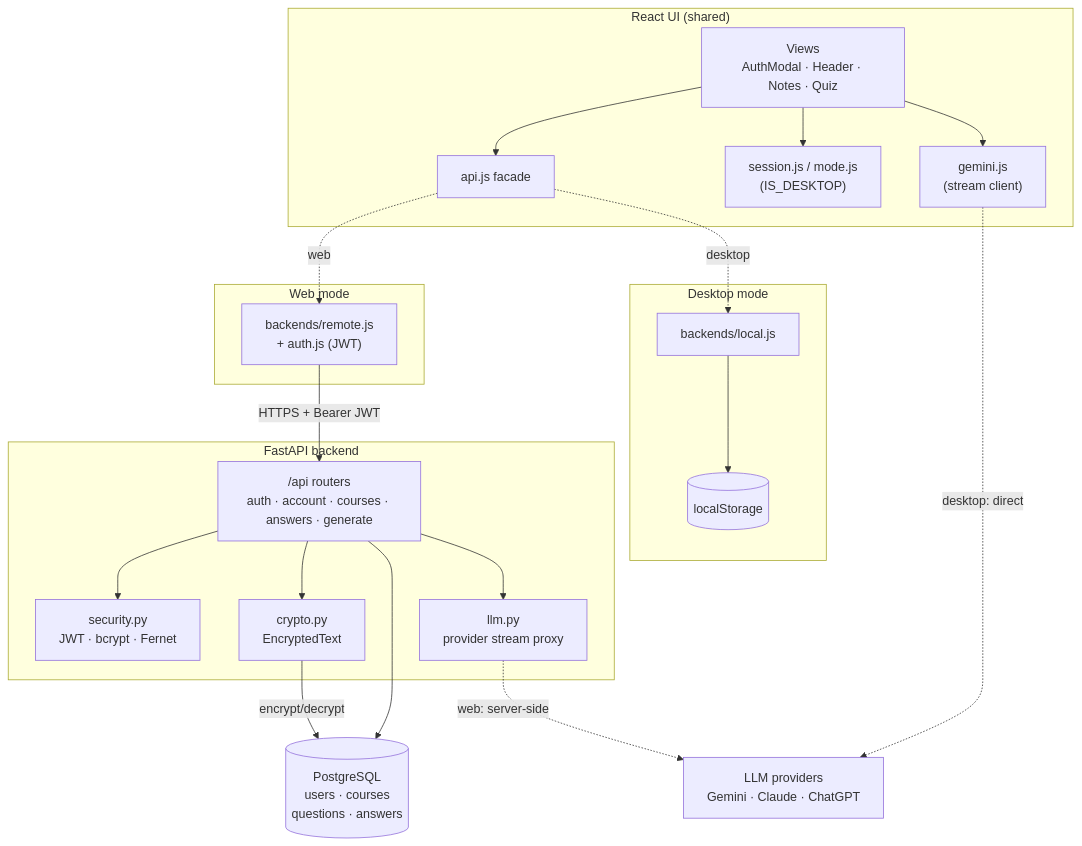
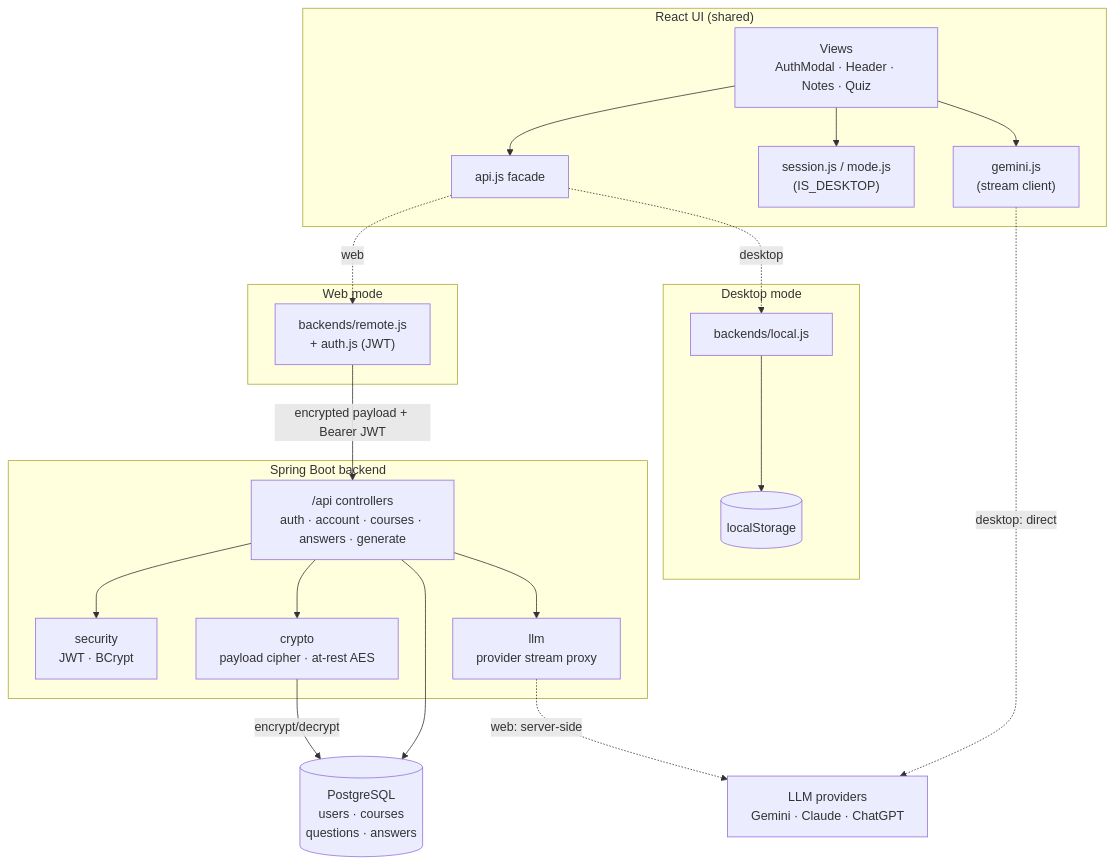
The first of 7 diagrams in docs/ARCHITECTURE.md (rishabh750/quiz), drawn with Mermaid before and after one commit. The commit also changed other lines of this file and 83 other files, not shown here.

````diff
--- a/docs/ARCHITECTURE.md
+++ b/docs/ARCHITECTURE.md
@@ -15,43 +15,43 @@
 ```mermaid
 graph TB
   subgraph UI["React UI (shared)"]
     V["Views<br/>AuthModal · Header · Notes · Quiz"]
     FAC["api.js facade"]
     SES["session.js / mode.js<br/>(IS_DESKTOP)"]
     LLM["gemini.js<br/>(stream client)"]
     V --> FAC
     V --> SES
     V --> LLM
   end
 
   subgraph Desktop["Desktop mode"]
     LOC["backends/local.js"]
     LS[("localStorage")]
     LOC --> LS
   end
 
   subgraph Web["Web mode"]
     REM["backends/remote.js<br/>+ auth.js (JWT)"]
   end
 
-  subgraph Backend["FastAPI backend"]
-    API["/api routers<br/>auth · account · courses · answers · generate"]
-    SEC["security.py<br/>JWT · bcrypt · Fernet"]
-    CRY["crypto.py<br/>EncryptedText"]
-    PROXY["llm.py<br/>provider stream proxy"]
+  subgraph Backend["Spring Boot backend"]
+    API["/api controllers<br/>auth · account · courses · answers · generate"]
+    SEC["security<br/>JWT · BCrypt"]
+    CRY["crypto<br/>payload cipher · at-rest AES"]
+    PROXY["llm<br/>provider stream proxy"]
     API --> SEC
     API --> CRY
     API --> PROXY
   end
 
   DB[("PostgreSQL<br/>users · courses<br/>questions · answers")]
   PROV["LLM providers<br/>Gemini · Claude · ChatGPT"]
 
   FAC -.desktop.-> LOC
   FAC -.web.-> REM
-  REM -->|HTTPS + Bearer JWT| API
+  REM -->|encrypted payload + Bearer JWT| API
   API --> DB
   CRY -->|encrypt/decrypt| DB
   LLM -.desktop: direct.-> PROV
   PROXY -.web: server-side.-> PROV
 ```
````
